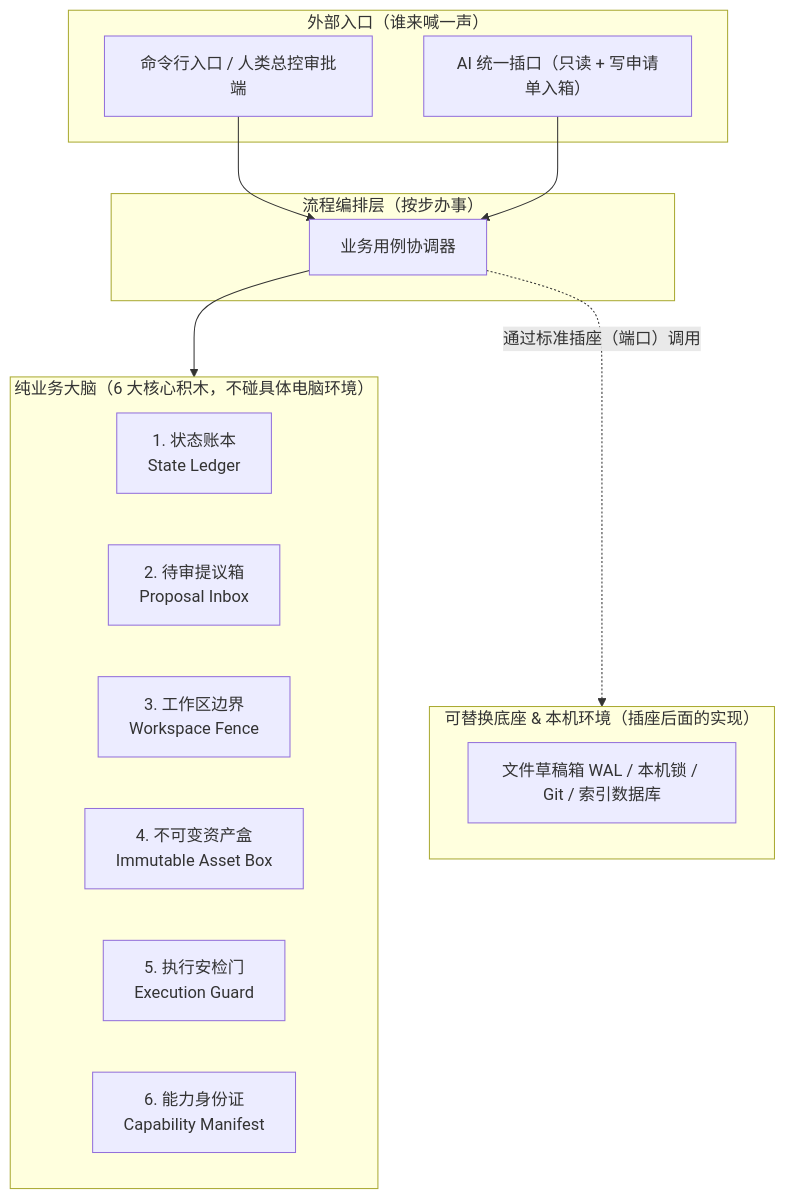
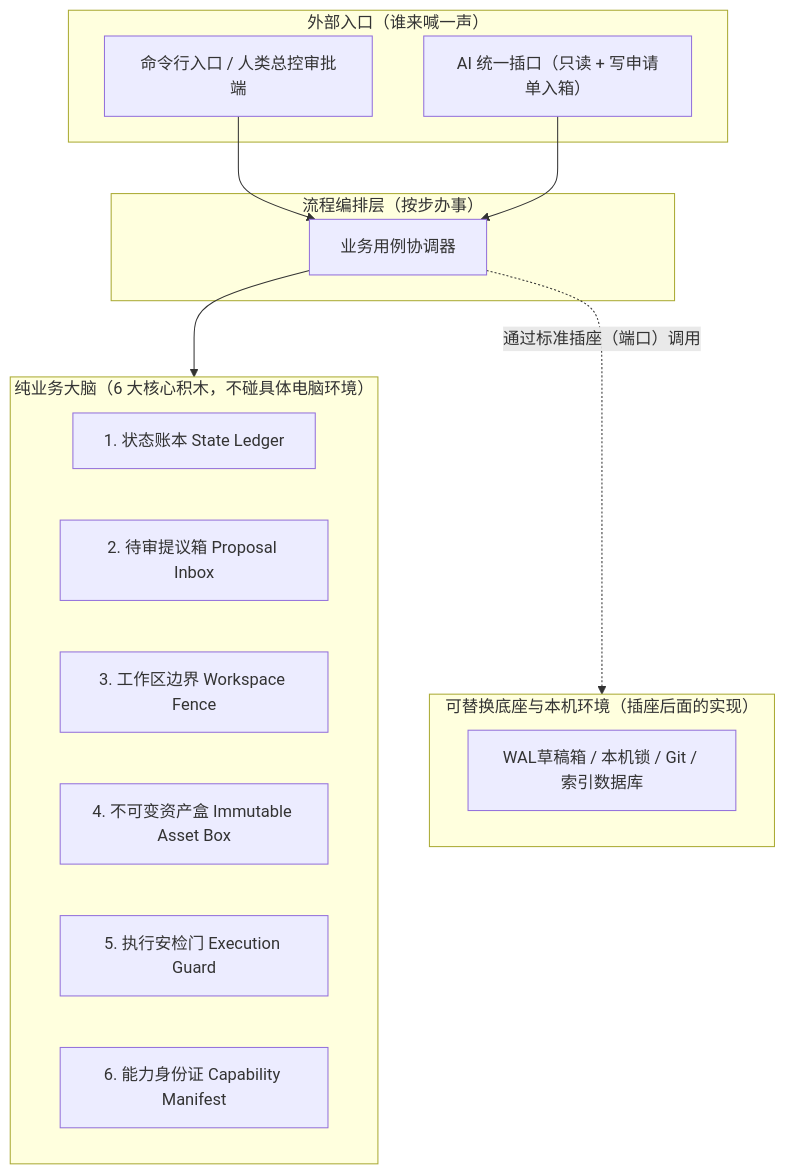
Before and after one commit to Hanhan758/arch-pilot: the diagram in docs/talos-lite/overview.md, drawn with Mermaid. The commit also changed other lines of this file and 41 other files, not shown here.

````diff
--- a/docs/talos-lite/overview.md
+++ b/docs/talos-lite/overview.md
@@ -21,29 +21,29 @@
 ```mermaid
 flowchart TB
     subgraph EXT["外部入口（谁来喊一声）"]
         CLI["命令行入口 / 人类总控审批端"]
         MCP["AI 统一插口（只读 + 写申请单入箱）"]
     end
 
     subgraph APP["流程编排层（按步办事）"]
         UC["业务用例协调器"]
     end
 
     subgraph CORE["纯业务大脑（6 大核心积木，不碰具体电脑环境）"]
-        B1["1. 状态账本<br/>State Ledger"]
-        B2["2. 待审提议箱<br/>Proposal Inbox"]
-        B3["3. 工作区边界<br/>Workspace Fence"]
-        B4["4. 不可变资产盒<br/>Immutable Asset Box"]
-        B5["5. 执行安检门<br/>Execution Guard"]
-        B6["6. 能力身份证<br/>Capability Manifest"]
+        B1["1. 状态账本 State Ledger"]
+        B2["2. 待审提议箱 Proposal Inbox"]
+        B3["3. 工作区边界 Workspace Fence"]
+        B4["4. 不可变资产盒 Immutable Asset Box"]
+        B5["5. 执行安检门 Execution Guard"]
+        B6["6. 能力身份证 Capability Manifest"]
     end
 
-    subgraph HOST["可替换底座 & 本机环境（插座后面的实现）"]
-        AD["文件草稿箱 WAL / 本机锁 / Git / 索引数据库"]
+    subgraph HOST["可替换底座与本机环境（插座后面的实现）"]
+        AD["WAL草稿箱 / 本机锁 / Git / 索引数据库"]
     end
 
     CLI --> UC
     MCP --> UC
     UC --> CORE
     UC -.->|"通过标准插座（端口）调用"| HOST
 ```
````
